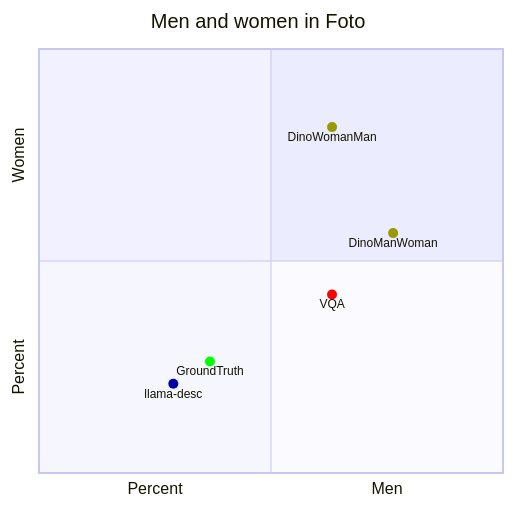
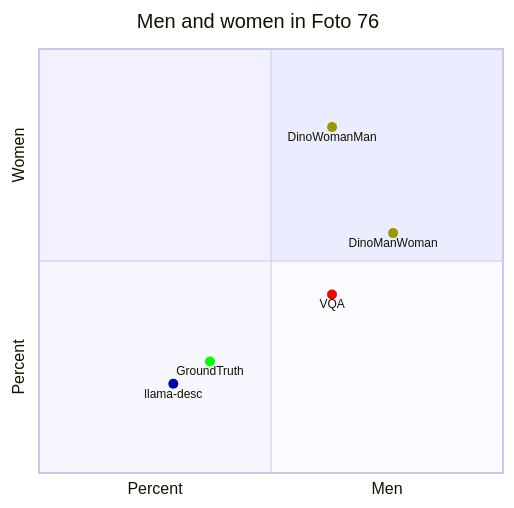
The ninth of 11 diagrams in browser/scatter.md (Modern36/tropes_1500), drawn with Mermaid before and after one commit. The commit also changed other lines of this file and 1 other file, not shown here.

````diff
--- a/browser/scatter.md
+++ b/browser/scatter.md
@@ -140,12 +140,12 @@
 ```mermaid
 quadrantChart
-    title Men and women in Foto
+    title Men and women in Foto 76
     x-axis Percent --> Men
     y-axis Percent --> Women
     DinoManWoman: [0.7631578947368421, 0.5657894736842105] color: #999900
     DinoWomanMan: [0.631578947368421, 0.8157894736842105] color: #999900
     GroundTruth: [0.3684210526315789, 0.2631578947368421] color: #00FF00
     VQA: [0.631578947368421, 0.42105263157894735] color: #FF0000
     llama-desc: [0.2894736842105263, 0.21052631578947367] color: #0000AA
 
 ```
````
